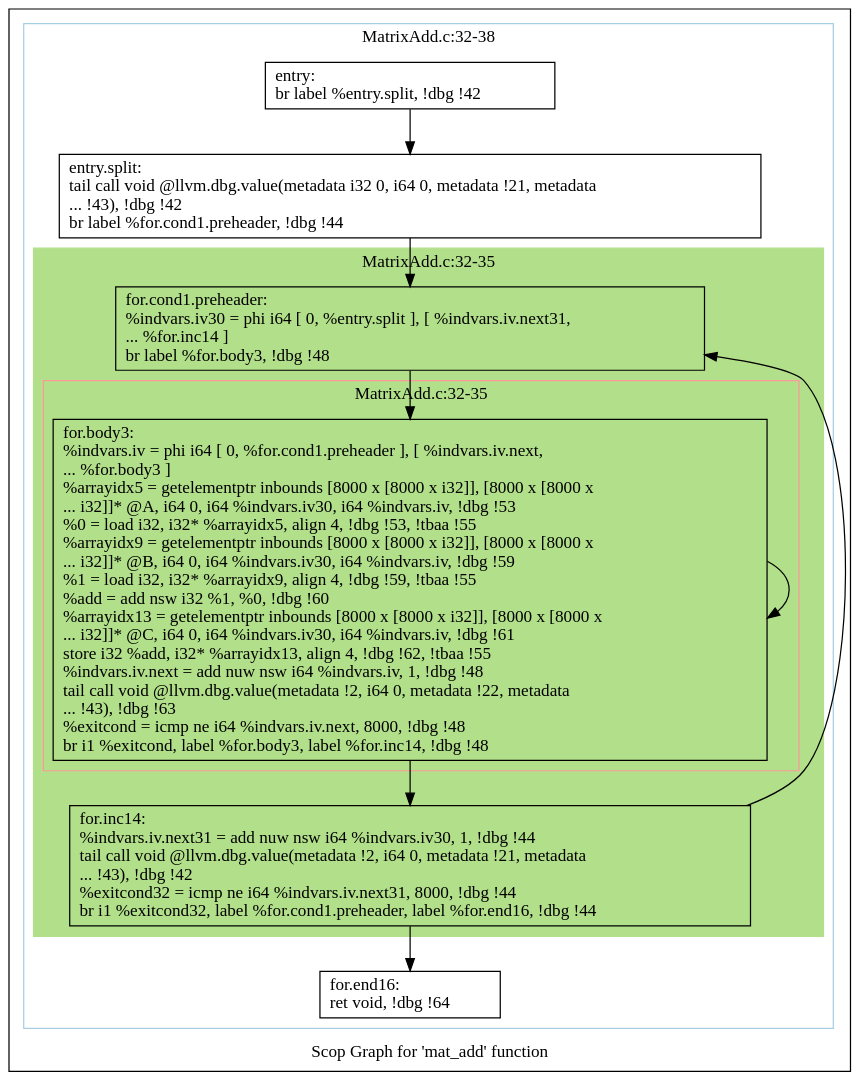
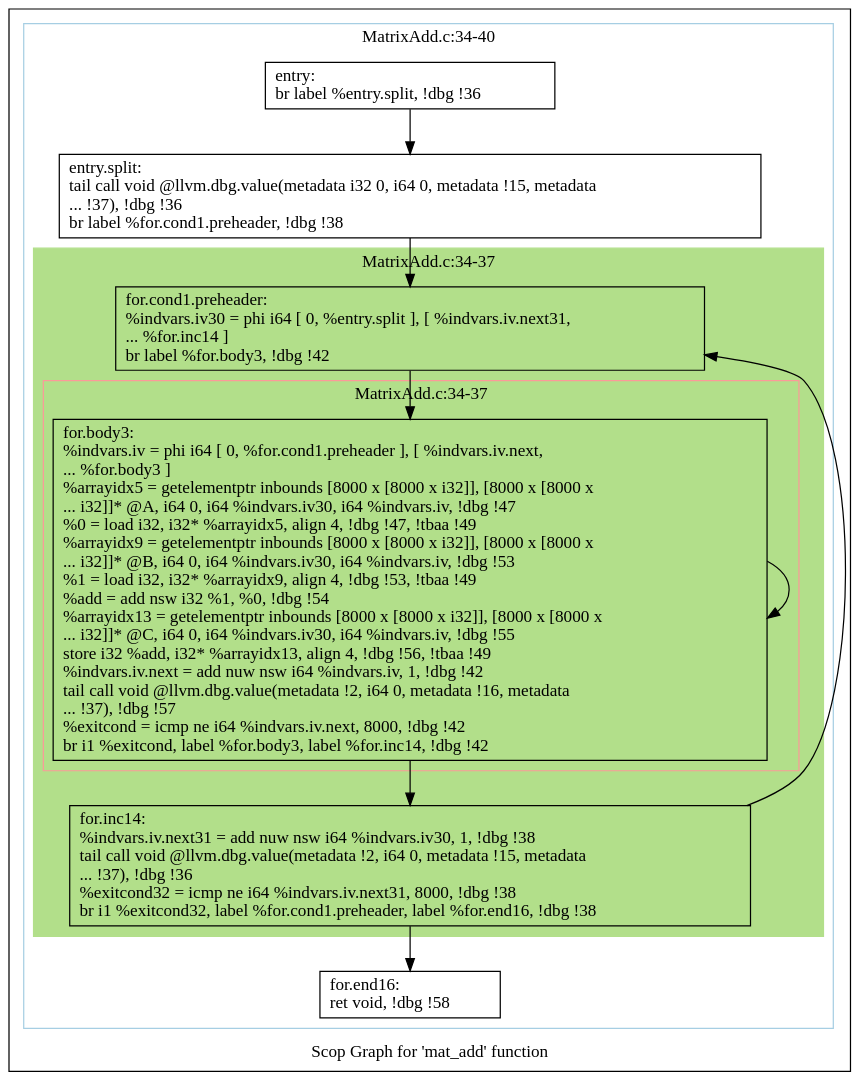
Before and after one commit to samminweng/WhileyOpenCL: the diagram in polly/MatrixAdd/impl/handwritten/dot/scops.mat_add.dot, drawn with Graphviz. The commit also changed 15 other files, not shown here.

```diff
--- a/polly/MatrixAdd/impl/handwritten/dot/scops.mat_add.dot
+++ b/polly/MatrixAdd/impl/handwritten/dot/scops.mat_add.dot
@@ -1,41 +1,41 @@
 digraph "Scop Graph for 'mat_add' function" {
 	label="Scop Graph for 'mat_add' function";
 
-	Node0xaf7d110 [shape=record,label="{entry:\l  br label %entry.split, !dbg !42\l}"];
-	Node0xaf7d110 -> Node0xad40a50;
-	Node0xad40a50 [shape=record,label="{entry.split:                                      \l  tail call void @llvm.dbg.value(metadata i32 0, i64 0, metadata !21, metadata\l... !43), !dbg !42\l  br label %for.cond1.preheader, !dbg !44\l}"];
-	Node0xad40a50 -> Node0xaf7e470;
-	Node0xaf7e470 [shape=record,label="{for.cond1.preheader:                              \l  %indvars.iv30 = phi i64 [ 0, %entry.split ], [ %indvars.iv.next31,\l... %for.inc14 ]\l  br label %for.body3, !dbg !48\l}"];
-	Node0xaf7e470 -> Node0xae959d0;
-	Node0xae959d0 [shape=record,label="{for.body3:                                        \l  %indvars.iv = phi i64 [ 0, %for.cond1.preheader ], [ %indvars.iv.next,\l... %for.body3 ]\l  %arrayidx5 = getelementptr inbounds [8000 x [8000 x i32]], [8000 x [8000 x\l... i32]]* @A, i64 0, i64 %indvars.iv30, i64 %indvars.iv, !dbg !53\l  %0 = load i32, i32* %arrayidx5, align 4, !dbg !53, !tbaa !55\l  %arrayidx9 = getelementptr inbounds [8000 x [8000 x i32]], [8000 x [8000 x\l... i32]]* @B, i64 0, i64 %indvars.iv30, i64 %indvars.iv, !dbg !59\l  %1 = load i32, i32* %arrayidx9, align 4, !dbg !59, !tbaa !55\l  %add = add nsw i32 %1, %0, !dbg !60\l  %arrayidx13 = getelementptr inbounds [8000 x [8000 x i32]], [8000 x [8000 x\l... i32]]* @C, i64 0, i64 %indvars.iv30, i64 %indvars.iv, !dbg !61\l  store i32 %add, i32* %arrayidx13, align 4, !dbg !62, !tbaa !55\l  %indvars.iv.next = add nuw nsw i64 %indvars.iv, 1, !dbg !48\l  tail call void @llvm.dbg.value(metadata !2, i64 0, metadata !22, metadata\l... !43), !dbg !63\l  %exitcond = icmp ne i64 %indvars.iv.next, 8000, !dbg !48\l  br i1 %exitcond, label %for.body3, label %for.inc14, !dbg !48\l}"];
-	Node0xae959d0 -> Node0xae959d0[constraint=false];
-	Node0xae959d0 -> Node0xae90d20;
-	Node0xae90d20 [shape=record,label="{for.inc14:                                        \l  %indvars.iv.next31 = add nuw nsw i64 %indvars.iv30, 1, !dbg !44\l  tail call void @llvm.dbg.value(metadata !2, i64 0, metadata !21, metadata\l... !43), !dbg !42\l  %exitcond32 = icmp ne i64 %indvars.iv.next31, 8000, !dbg !44\l  br i1 %exitcond32, label %for.cond1.preheader, label %for.end16, !dbg !44\l}"];
-	Node0xae90d20 -> Node0xaf7e470[constraint=false];
-	Node0xae90d20 -> Node0xae90d40;
-	Node0xae90d40 [shape=record,label="{for.end16:                                        \l  ret void, !dbg !64\l}"];
+	Node0x91d1b40 [shape=record,label="{entry:\l  br label %entry.split, !dbg !36\l}"];
+	Node0x91d1b40 -> Node0x92682e0;
+	Node0x92682e0 [shape=record,label="{entry.split:                                      \l  tail call void @llvm.dbg.value(metadata i32 0, i64 0, metadata !15, metadata\l... !37), !dbg !36\l  br label %for.cond1.preheader, !dbg !38\l}"];
+	Node0x92682e0 -> Node0x91c40b0;
+	Node0x91c40b0 [shape=record,label="{for.cond1.preheader:                              \l  %indvars.iv30 = phi i64 [ 0, %entry.split ], [ %indvars.iv.next31,\l... %for.inc14 ]\l  br label %for.body3, !dbg !42\l}"];
+	Node0x91c40b0 -> Node0x92a6330;
+	Node0x92a6330 [shape=record,label="{for.body3:                                        \l  %indvars.iv = phi i64 [ 0, %for.cond1.preheader ], [ %indvars.iv.next,\l... %for.body3 ]\l  %arrayidx5 = getelementptr inbounds [8000 x [8000 x i32]], [8000 x [8000 x\l... i32]]* @A, i64 0, i64 %indvars.iv30, i64 %indvars.iv, !dbg !47\l  %0 = load i32, i32* %arrayidx5, align 4, !dbg !47, !tbaa !49\l  %arrayidx9 = getelementptr inbounds [8000 x [8000 x i32]], [8000 x [8000 x\l... i32]]* @B, i64 0, i64 %indvars.iv30, i64 %indvars.iv, !dbg !53\l  %1 = load i32, i32* %arrayidx9, align 4, !dbg !53, !tbaa !49\l  %add = add nsw i32 %1, %0, !dbg !54\l  %arrayidx13 = getelementptr inbounds [8000 x [8000 x i32]], [8000 x [8000 x\l... i32]]* @C, i64 0, i64 %indvars.iv30, i64 %indvars.iv, !dbg !55\l  store i32 %add, i32* %arrayidx13, align 4, !dbg !56, !tbaa !49\l  %indvars.iv.next = add nuw nsw i64 %indvars.iv, 1, !dbg !42\l  tail call void @llvm.dbg.value(metadata !2, i64 0, metadata !16, metadata\l... !37), !dbg !57\l  %exitcond = icmp ne i64 %indvars.iv.next, 8000, !dbg !42\l  br i1 %exitcond, label %for.body3, label %for.inc14, !dbg !42\l}"];
+	Node0x92a6330 -> Node0x92a6330[constraint=false];
+	Node0x92a6330 -> Node0x91ca8c0;
+	Node0x91ca8c0 [shape=record,label="{for.inc14:                                        \l  %indvars.iv.next31 = add nuw nsw i64 %indvars.iv30, 1, !dbg !38\l  tail call void @llvm.dbg.value(metadata !2, i64 0, metadata !15, metadata\l... !37), !dbg !36\l  %exitcond32 = icmp ne i64 %indvars.iv.next31, 8000, !dbg !38\l  br i1 %exitcond32, label %for.cond1.preheader, label %for.end16, !dbg !38\l}"];
+	Node0x91ca8c0 -> Node0x91c40b0[constraint=false];
+	Node0x91ca8c0 -> Node0x92a63a0;
+	Node0x92a63a0 [shape=record,label="{for.end16:                                        \l  ret void, !dbg !58\l}"];
 	colorscheme = "paired12"
-        subgraph cluster_0xaea4150 {
-          label = "MatrixAdd.c:32-38
+        subgraph cluster_0x926a110 {
+          label = "MatrixAdd.c:34-40
 ";
           style = solid;
           color = 1
-          subgraph cluster_0xae95b50 {
-            label = "MatrixAdd.c:32-35
+          subgraph cluster_0x91cbcf0 {
+            label = "MatrixAdd.c:34-37
 ";
             style = filled;
-            color = 3            subgraph cluster_0xaf77760 {
-              label = "MatrixAdd.c:32-35
+            color = 3            subgraph cluster_0x92a6560 {
+              label = "MatrixAdd.c:34-37
 ";
               style = solid;
               color = 5
-              Node0xae959d0;
+              Node0x92a6330;
             }
-            Node0xaf7e470;
-            Node0xae90d20;
+            Node0x91c40b0;
+            Node0x91ca8c0;
           }
-          Node0xaf7d110;
-          Node0xad40a50;
-          Node0xae90d40;
+          Node0x91d1b40;
+          Node0x92682e0;
+          Node0x92a63a0;
         }
 }
```
